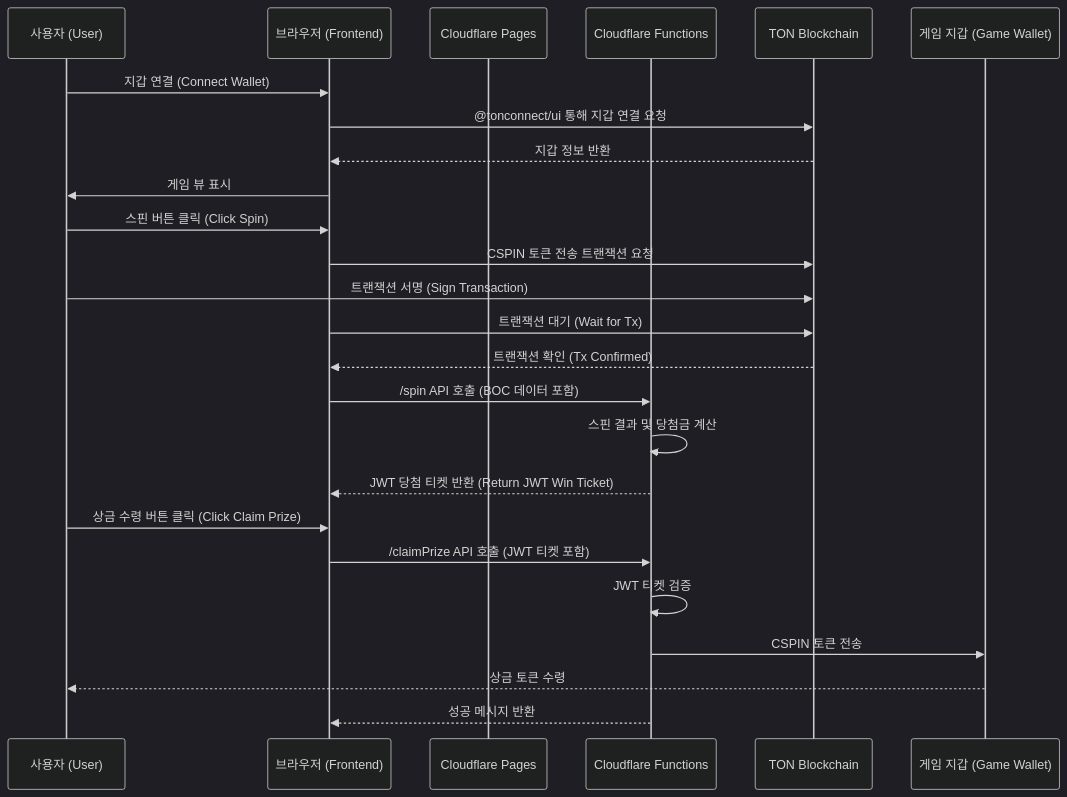
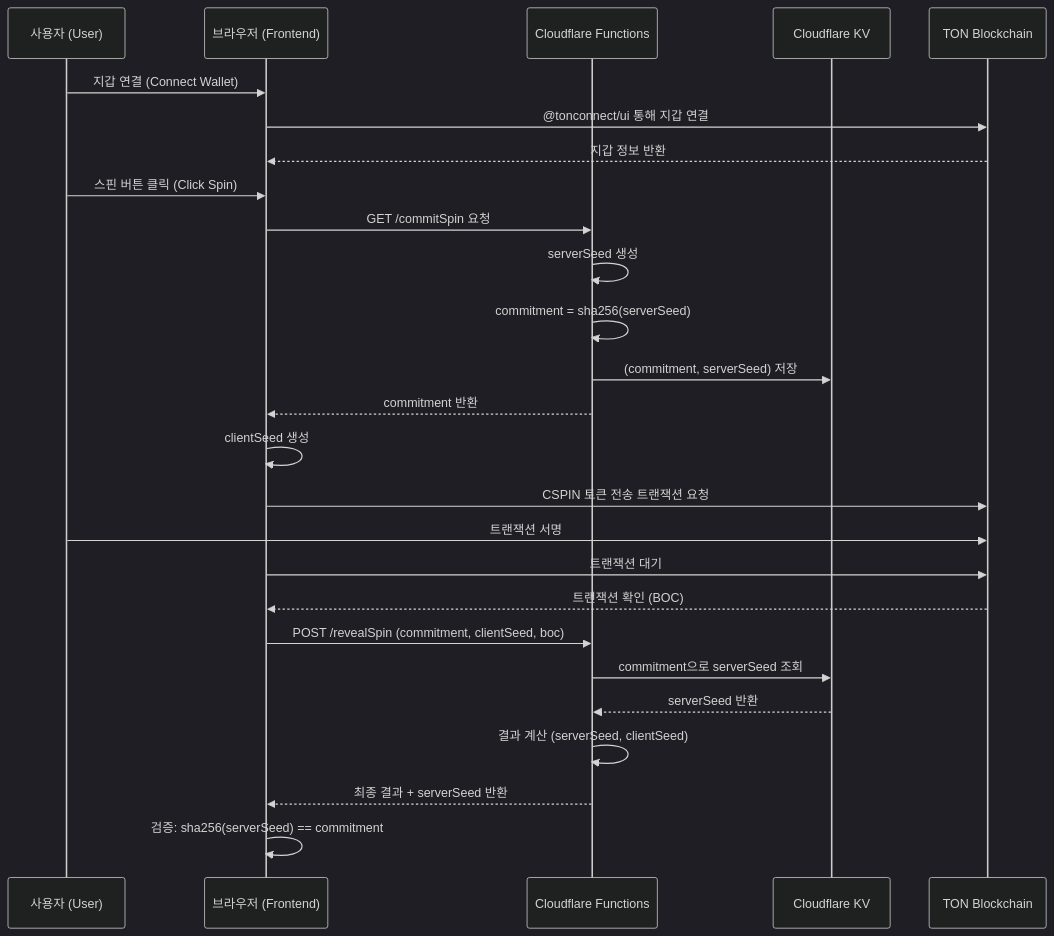
Before and after one commit to aiandyou50/slot-machine: the diagram in docs/PROJECT_ARCHITECTURE.MD, drawn with Mermaid (dark theme). The commit also changed other lines of this file and 17 other files, not shown here.

````diff
--- a/docs/PROJECT_ARCHITECTURE.MD
+++ b/docs/PROJECT_ARCHITECTURE.MD
@@ -36,31 +35,33 @@
 ```mermaid
 sequenceDiagram
     participant User as 사용자 (User)
     participant Browser as 브라우저 (Frontend)
-    participant Pages as Cloudflare Pages
     participant Functions as Cloudflare Functions
+    participant KV as Cloudflare KV
     participant TON as TON Blockchain
-    participant GameWallet as 게임 지갑 (Game Wallet)
 
     User->>Browser: 지갑 연결 (Connect Wallet)
-    Browser->>TON: @tonconnect/ui 통해 지갑 연결 요청
+    Browser->>TON: @tonconnect/ui 통해 지갑 연결
     TON-->>Browser: 지갑 정보 반환
-    Browser->>User: 게임 뷰 표시
 
     User->>Browser: 스핀 버튼 클릭 (Click Spin)
+    Browser->>Functions: GET /commitSpin 요청
+    Functions->>Functions: serverSeed 생성
+    Functions->>Functions: commitment = sha256(serverSeed)
+    Functions->>KV: (commitment, serverSeed) 저장
+    Functions-->>Browser: commitment 반환
+
+    Browser->>Browser: clientSeed 생성
     Browser->>TON: CSPIN 토큰 전송 트랜잭션 요청
-    User->>TON: 트랜잭션 서명 (Sign Transaction)
-    Browser->>TON: 트랜잭션 대기 (Wait for Tx)
-    TON-->>Browser: 트랜잭션 확인 (Tx Confirmed)
+    User->>TON: 트랜잭션 서명
+    Browser->>TON: 트랜잭션 대기
+    TON-->>Browser: 트랜잭션 확인 (BOC)
 
-    Browser->>Functions: /spin API 호출 (BOC 데이터 포함)
-    Functions->>Functions: 스핀 결과 및 당첨금 계산
-    Functions-->>Browser: JWT 당첨 티켓 반환 (Return JWT Win Ticket)
+    Browser->>Functions: POST /revealSpin (commitment, clientSeed, boc)
+    Functions->>KV: commitment으로 serverSeed 조회
+    KV-->>Functions: serverSeed 반환
+    Functions->>Functions: 결과 계산 (serverSeed, clientSeed)
+    Functions-->>Browser: 최종 결과 + serverSeed 반환
 
-    User->>Browser: 상금 수령 버튼 클릭 (Click Claim Prize)
-    Browser->>Functions: /claimPrize API 호출 (JWT 티켓 포함)
-    Functions->>Functions: JWT 티켓 검증
-    Functions->>GameWallet: CSPIN 토큰 전송
-    GameWallet-->>User: 상금 토큰 수령
-    Functions-->>Browser: 성공 메시지 반환
+    Browser->>Browser: 검증: sha256(serverSeed) == commitment
 ```
````
